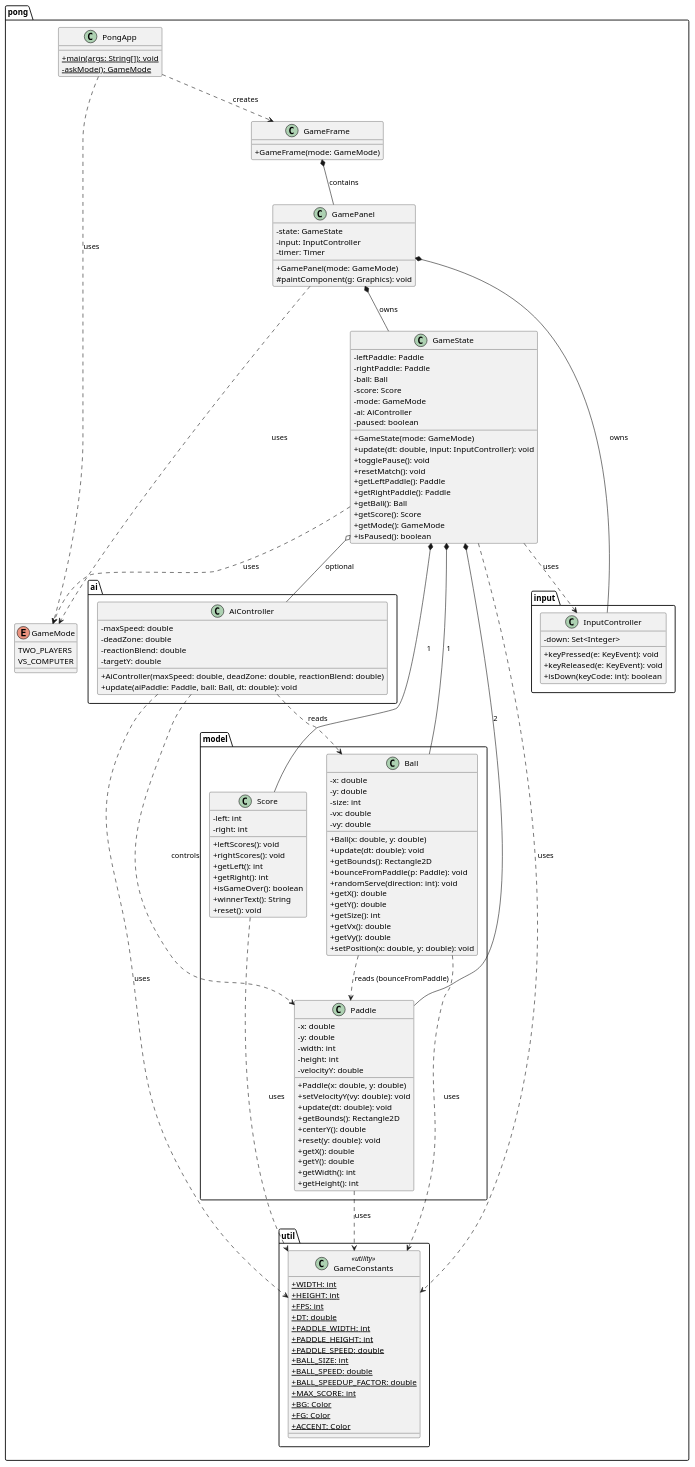
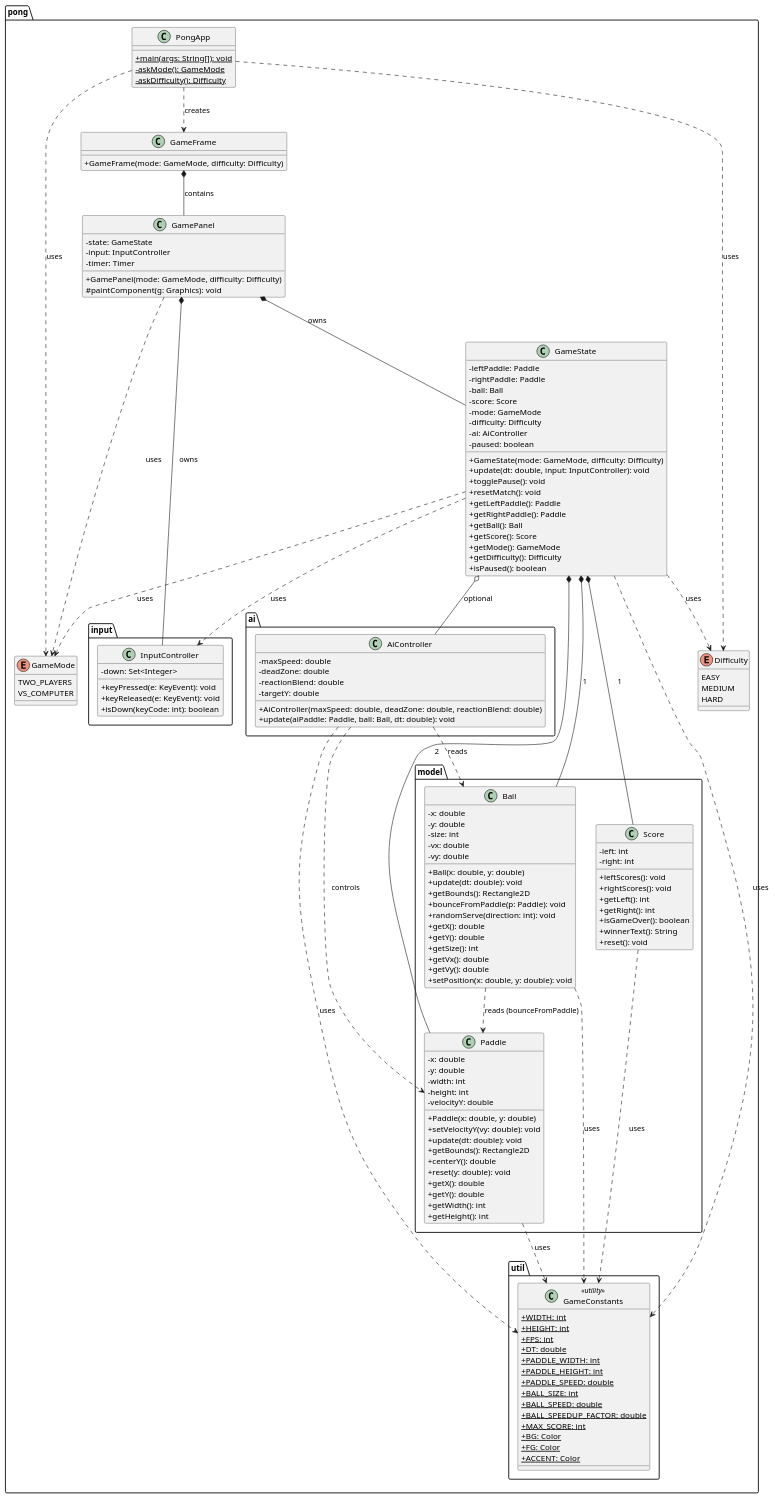
One commit to BasmusRoyGerman/PongApp changed the diagram in DOCUMENTATION.md. Above: the diagram before and after it, drawn with PlantUML. The commit also changed other lines of this file and 1 other file, not shown here.

Commit message:
docs: update README and DOCUMENTATION for Difficulty feature
Agent-Logs-Url: https://github.com/BasmusRoyGerman/PongApp/sessions/9e4c01f2-42fb-48e0-9dda-186f9db65d72

```diff
--- a/DOCUMENTATION.md
+++ b/DOCUMENTATION.md
@@ -53,6 +54,7 @@
   class PongApp {
     +{static} main(args: String[]): void
     -{static} askMode(): GameMode
+    -{static} askDifficulty(): Difficulty
   }
 
   enum GameMode {
@@ -60,15 +62,21 @@
     VS_COMPUTER
   }
 
+  enum Difficulty {
+    EASY
+    MEDIUM
+    HARD
+  }
+
   class GameFrame {
-    +GameFrame(mode: GameMode)
+    +GameFrame(mode: GameMode, difficulty: Difficulty)
   }
 
   class GamePanel {
     -state: GameState
     -input: InputController
     -timer: Timer
-    +GamePanel(mode: GameMode)
+    +GamePanel(mode: GameMode, difficulty: Difficulty)
     #paintComponent(g: Graphics): void
   }
 
@@ -78,9 +86,10 @@
     -ball: Ball
     -score: Score
     -mode: GameMode
+    -difficulty: Difficulty
     -ai: AiController
     -paused: boolean
-    +GameState(mode: GameMode)
+    +GameState(mode: GameMode, difficulty: Difficulty)
     +update(dt: double, input: InputController): void
     +togglePause(): void
     +resetMatch(): void
@@ -89,6 +98,7 @@
     +getBall(): Ball
     +getScore(): Score
     +getMode(): GameMode
+    +getDifficulty(): Difficulty
     +isPaused(): boolean
   }
 }
@@ -186,6 +196,7 @@
 ' Relationships
 PongApp ..> GameFrame : creates
 PongApp ..> GameMode : uses
+PongApp ..> Difficulty : uses
 GameFrame *-- GamePanel : contains
 GamePanel *-- GameState : owns
 GamePanel *-- InputController : owns
@@ -194,6 +205,7 @@
 GameState *-- Score : 1
 GameState o-- AiController : optional
 GameState ..> InputController : uses
+GameState ..> Difficulty : uses
 AiController ..> Paddle : controls
 AiController ..> Ball : reads
 Ball ..> Paddle : reads (bounceFromPaddle)
```
